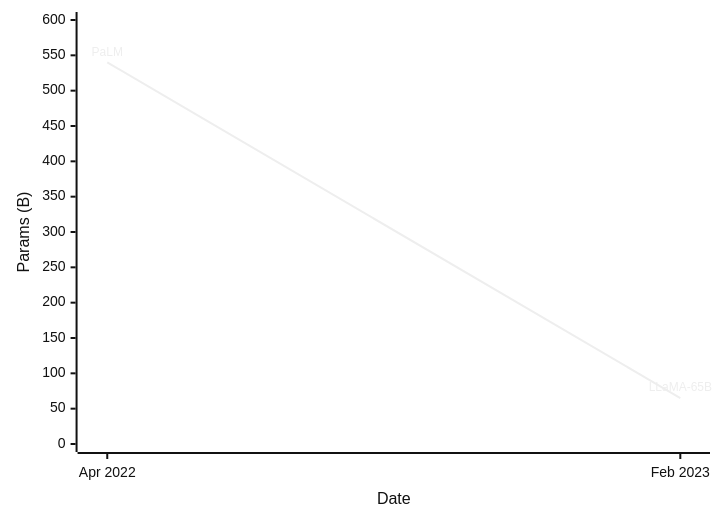
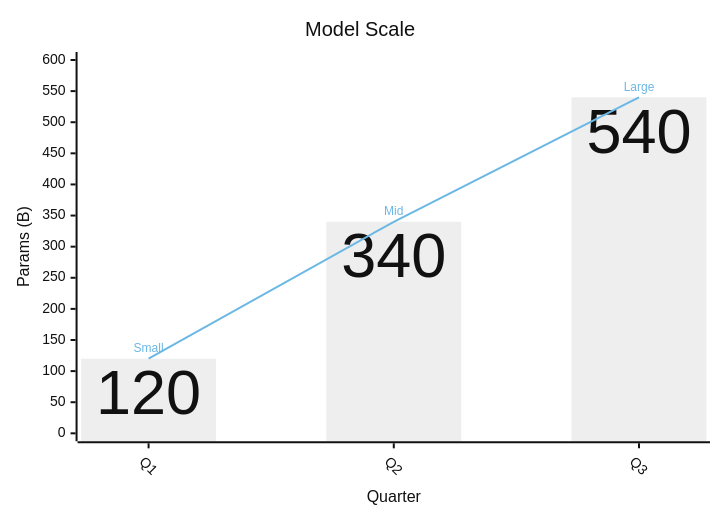
One commit to bsamiee/Rasm changed the eighth of 21 diagrams in .claude/skills/mermaid-diagramming/references/syntax-extended.md. Above: the diagram before and after it, drawn with Mermaid (neutral theme). The commit also changed other lines of this file and 27 other files, not shown here.

````diff
--- a/.claude/skills/mermaid-diagramming/references/syntax-extended.md
+++ b/.claude/skills/mermaid-diagramming/references/syntax-extended.md
@@ -149,6 +174,15 @@
 ```mermaid
+---
+config:
+  xyChart:
+    showDataLabel: true
+    xAxis:
+      labelRotation: 45
+---
 xychart
-  x-axis "Date" ["Apr 2022", "Feb 2023"]
+  title "Model Scale"
+  x-axis "Quarter" ["Q1", "Q2", "Q3"]
   y-axis "Params (B)" 0 --> 600
-  line [540 "PaLM", 65 "LLaMA-65B"]
+  bar [120, 340, 540]
+  line [120 "Small", 340 "Mid", 540 "Large"]
 ```
````
